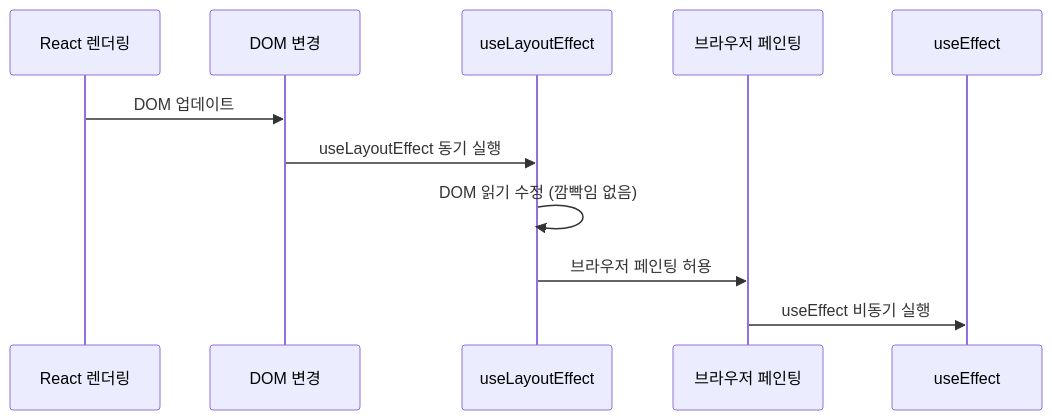
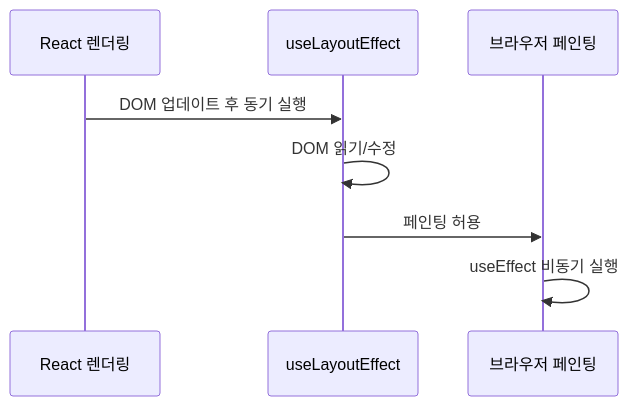
Before and after one commit to yjkim2015/yjkim2015.github.io: the fourth of 6 diagrams in _posts/frontend/2026-05-02-react-hooks.md, drawn with Mermaid. The commit also changed 155 other files, not shown here.

First line of the commit message:
Mermaid 전면 수정: subgraph 제거, participant/노드/줄수 축소 (342블록)

````diff
--- a/_posts/frontend/2026-05-02-react-hooks.md
+++ b/_posts/frontend/2026-05-02-react-hooks.md
@@ -301,13 +301,10 @@
 ```mermaid
 sequenceDiagram
     participant RENDER as React 렌더링
-    participant DOM as DOM 변경
     participant LAY as useLayoutEffect
     participant PAINT as 브라우저 페인팅
-    participant EFF as useEffect
-    RENDER->>DOM: DOM 업데이트
-    DOM->>LAY: useLayoutEffect 동기 실행
-    LAY->>LAY: DOM 읽기 수정 (깜빡임 없음)
-    LAY->>PAINT: 브라우저 페인팅 허용
-    PAINT->>EFF: useEffect 비동기 실행
+    RENDER->>LAY: DOM 업데이트 후 동기 실행
+    LAY->>LAY: DOM 읽기/수정
+    LAY->>PAINT: 페인팅 허용
+    PAINT->>PAINT: useEffect 비동기 실행
 ```
````
